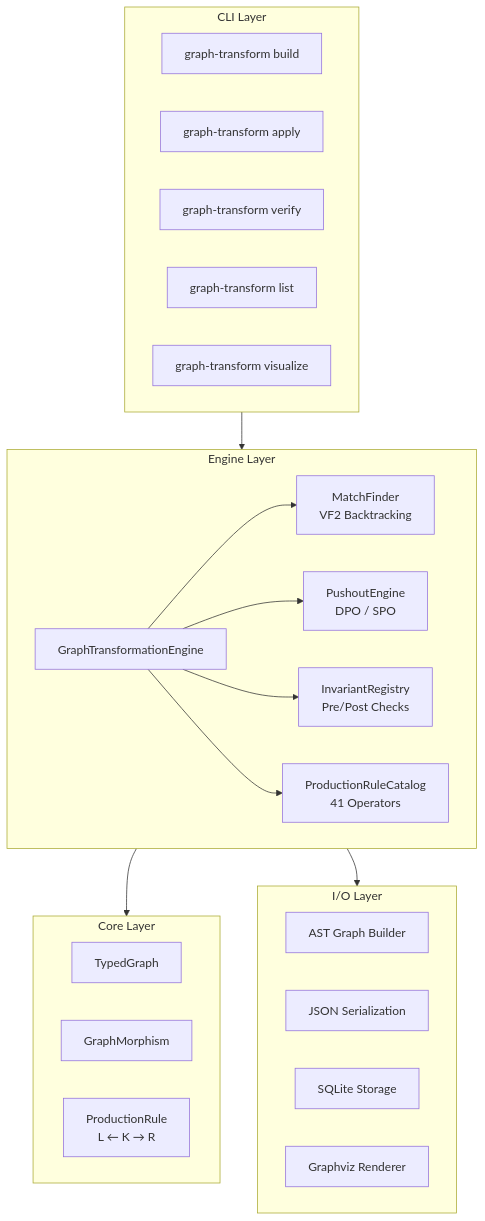
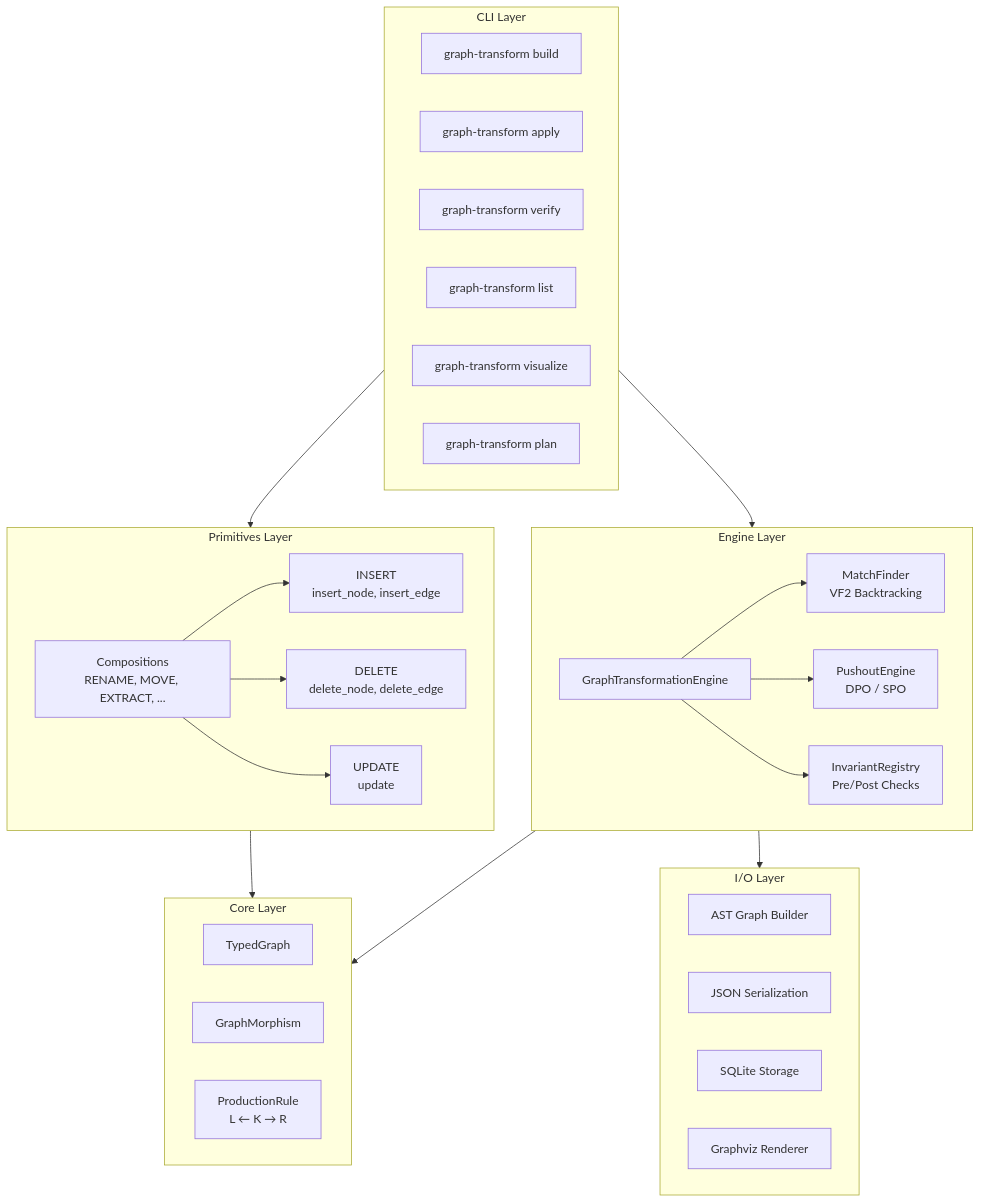
Before and after one commit to toreleon/graph-transform: the first of 3 diagrams in ARCHITECTURE.md, drawn with Mermaid. The commit also changed other lines of this file and 39 other files, not shown here.

````diff
--- a/ARCHITECTURE.md
+++ b/ARCHITECTURE.md
@@ -7,39 +7,50 @@
 ```mermaid
 flowchart TB
     subgraph CLI["CLI Layer"]
         build[graph-transform build]
         apply[graph-transform apply]
         verify[graph-transform verify]
         list[graph-transform list]
         visualize[graph-transform visualize]
+        plan[graph-transform plan]
     end
 
     subgraph Engine["Engine Layer"]
         GTE[GraphTransformationEngine]
         MF[MatchFinder<br/>VF2 Backtracking]
         PE[PushoutEngine<br/>DPO / SPO]
         IR[InvariantRegistry<br/>Pre/Post Checks]
-        RC[ProductionRuleCatalog<br/>41 Operators]
+    end
+
+    subgraph Primitives["Primitives Layer"]
+        INSERT[INSERT<br/>insert_node, insert_edge]
+        DELETE[DELETE<br/>delete_node, delete_edge]
+        UPDATE[UPDATE<br/>update]
+        COMP[Compositions<br/>RENAME, MOVE, EXTRACT, ...]
     end
 
     subgraph Core["Core Layer"]
         TG[TypedGraph]
         GM[GraphMorphism]
         PR[ProductionRule<br/>L ← K → R]
     end
 
     subgraph IO["I/O Layer"]
         Builder[AST Graph Builder]
         JSON[JSON Serialization]
         SQLite[SQLite Storage]
         Viz[Graphviz Renderer]
     end
 
+    CLI --> Primitives
     CLI --> Engine
+    Primitives --> Core
     Engine --> Core
     Engine --> IO
     GTE --> MF
     GTE --> PE
     GTE --> IR
-    GTE --> RC
+    COMP --> INSERT
+    COMP --> DELETE
+    COMP --> UPDATE
 ```
````
